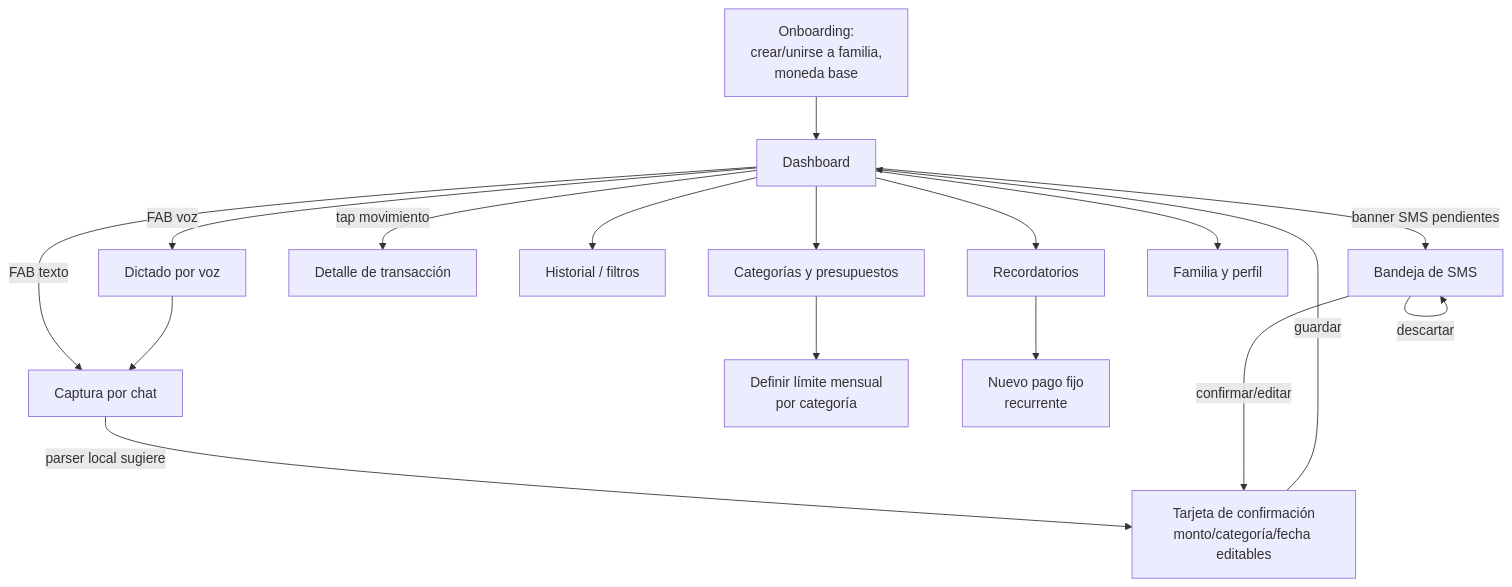
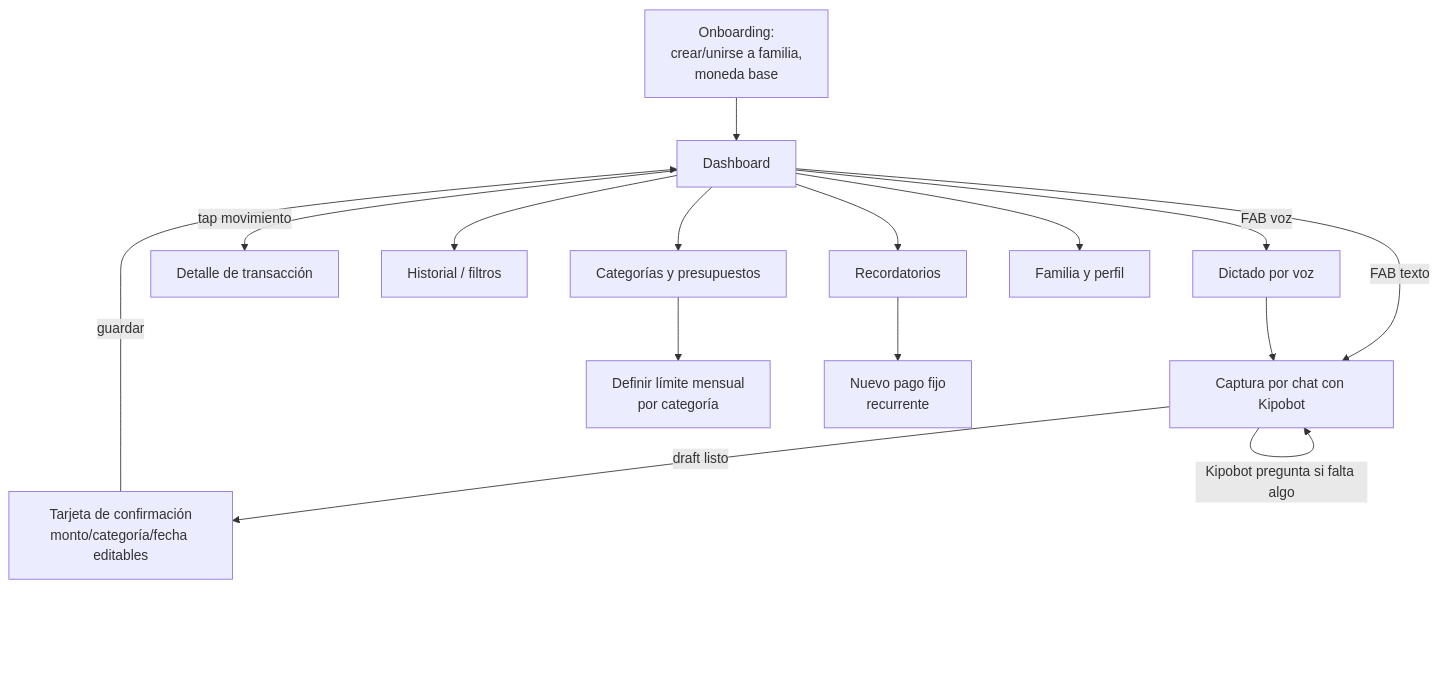
One commit to puntocero-dot/Kipo changed the diagram in docs/SCREENS_FLOW.md. Above: the diagram before and after it, drawn with Mermaid. The commit also changed other lines of this file and 31 other files, not shown here.

First line of the commit message:
Quita la lectura de SMS bancarios; la reemplaza Kipobot (captura con IA)

````diff
--- a/docs/SCREENS_FLOW.md
+++ b/docs/SCREENS_FLOW.md
@@ -5,21 +5,19 @@
 ```mermaid
 flowchart TD
     Onboarding[Onboarding:\ncrear/unirse a familia,\nmoneda base] --> Dashboard
 
-    Dashboard[Dashboard] -->|FAB texto| Chat[Captura por chat]
+    Dashboard[Dashboard] -->|FAB texto| Chat[Captura por chat con Kipobot]
     Dashboard -->|FAB voz| Voice[Dictado por voz] --> Chat
-    Dashboard -->|banner SMS pendientes| SmsInbox[Bandeja de SMS]
     Dashboard -->|tap movimiento| TxDetail[Detalle de transacción]
     Dashboard --> History[Historial / filtros]
     Dashboard --> Budgets[Categorías y presupuestos]
     Dashboard --> Reminders[Recordatorios]
     Dashboard --> FamilySettings[Familia y perfil]
 
-    Chat -->|parser local sugiere| Confirm[Tarjeta de confirmación\nmonto/categoría/fecha editables]
+    Chat -->|Kipobot pregunta si falta algo| Chat
+    Chat -->|draft listo| Confirm[Tarjeta de confirmación\nmonto/categoría/fecha editables]
     Confirm -->|guardar| Dashboard
-    SmsInbox -->|confirmar/editar| Confirm
-    SmsInbox -->|descartar| SmsInbox
 
     Budgets --> NewBudget[Definir límite mensual\npor categoría]
     Reminders --> NewReminder[Nuevo pago fijo\nrecurrente]
 ```
````
